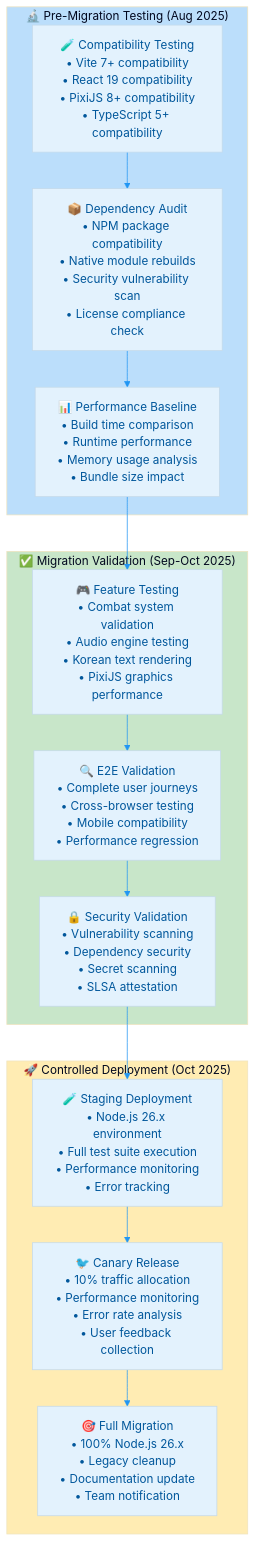
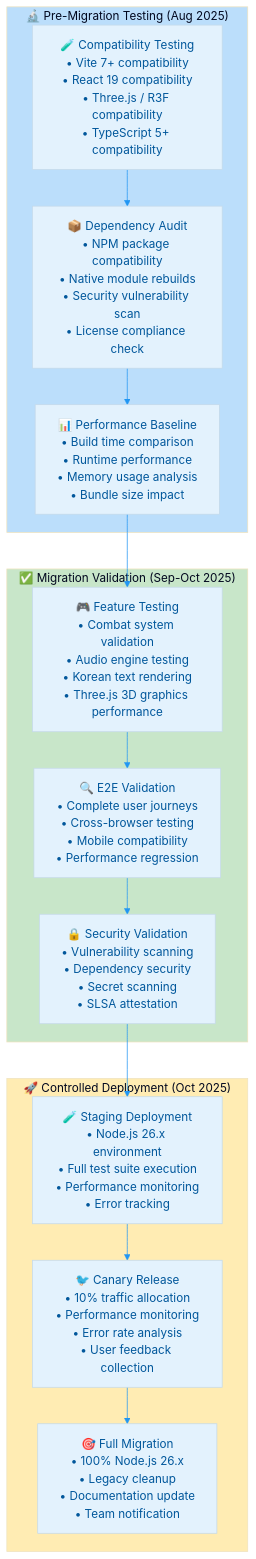
Before and after one commit to Hack23/blacktrigram: the third of 8 diagrams in End-of-Life-Strategy.md, drawn with Mermaid. The commit also changed other lines of this file, not shown here.

First line of the commit message:
Update all PixiJS references to Three.js/R3F throughout End-of-Life-Strategy.md

````diff
--- a/End-of-Life-Strategy.md
+++ b/End-of-Life-Strategy.md
@@ -246,45 +246,45 @@
 ```mermaid
 %%{
   init: {
     'theme': 'base',
     'themeVariables': {
       'primaryColor': '#e3f2fd',
       'primaryTextColor': '#01579b',
       'lineColor': '#2196f3',
       'secondaryColor': '#f1f8e9',
       'tertiaryColor': '#fff8e1'
     }
   }
 }%%
 flowchart TB
     subgraph PREPARATION["🔬 Pre-Migration Testing (Aug 2025)"]
-        COMPAT_TEST["🧪 Compatibility Testing<br/>• Vite 7+ compatibility<br/>• React 19 compatibility<br/>• PixiJS 8+ compatibility<br/>• TypeScript 5+ compatibility"]
+        COMPAT_TEST["🧪 Compatibility Testing<br/>• Vite 7+ compatibility<br/>• React 19 compatibility<br/>• Three.js / R3F compatibility<br/>• TypeScript 5+ compatibility"]
         DEP_AUDIT["📦 Dependency Audit<br/>• NPM package compatibility<br/>• Native module rebuilds<br/>• Security vulnerability scan<br/>• License compliance check"]
         PERF_BASELINE["📊 Performance Baseline<br/>• Build time comparison<br/>• Runtime performance<br/>• Memory usage analysis<br/>• Bundle size impact"]
     end
 
     subgraph VALIDATION["✅ Migration Validation (Sep-Oct 2025)"]
-        FEATURE_TEST["🎮 Feature Testing<br/>• Combat system validation<br/>• Audio engine testing<br/>• Korean text rendering<br/>• PixiJS graphics performance"]
+        FEATURE_TEST["🎮 Feature Testing<br/>• Combat system validation<br/>• Audio engine testing<br/>• Korean text rendering<br/>• Three.js 3D graphics performance"]
         E2E_VALIDATION["🔍 E2E Validation<br/>• Complete user journeys<br/>• Cross-browser testing<br/>• Mobile compatibility<br/>• Performance regression"]
         SECURITY_SCAN["🔒 Security Validation<br/>• Vulnerability scanning<br/>• Dependency security<br/>• Secret scanning<br/>• SLSA attestation"]
     end
 
     subgraph DEPLOYMENT["🚀 Controlled Deployment (Oct 2025)"]
         STAGING_DEPLOY["🧪 Staging Deployment<br/>• Node.js 26.x environment<br/>• Full test suite execution<br/>• Performance monitoring<br/>• Error tracking"]
         CANARY_RELEASE["🐦 Canary Release<br/>• 10% traffic allocation<br/>• Performance monitoring<br/>• Error rate analysis<br/>• User feedback collection"]
         FULL_MIGRATION["🎯 Full Migration<br/>• 100% Node.js 26.x<br/>• Legacy cleanup<br/>• Documentation update<br/>• Team notification"]
     end
 
     COMPAT_TEST --> DEP_AUDIT
     DEP_AUDIT --> PERF_BASELINE
     PERF_BASELINE --> FEATURE_TEST
     FEATURE_TEST --> E2E_VALIDATION
     E2E_VALIDATION --> SECURITY_SCAN
     SECURITY_SCAN --> STAGING_DEPLOY
     STAGING_DEPLOY --> CANARY_RELEASE
     CANARY_RELEASE --> FULL_MIGRATION
 
     style PREPARATION fill:#bbdefb
     style VALIDATION fill:#c8e6c9
     style DEPLOYMENT fill:#ffecb3
 ```
````
